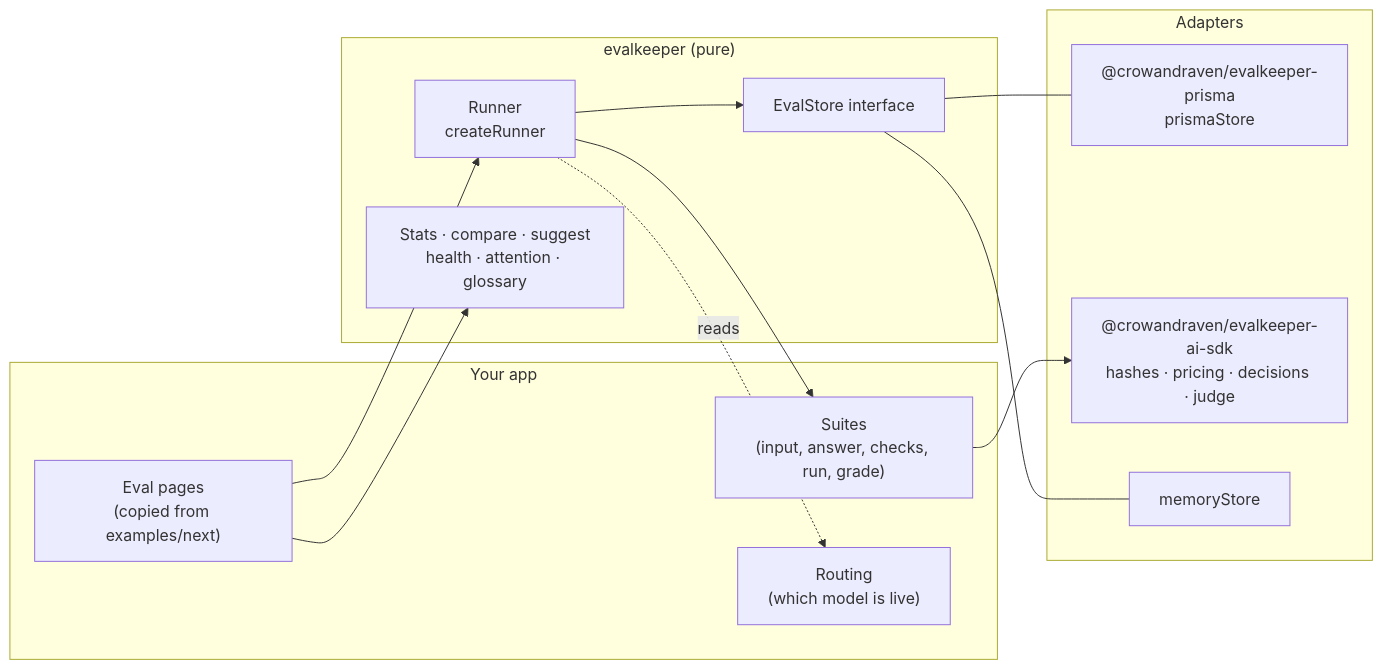
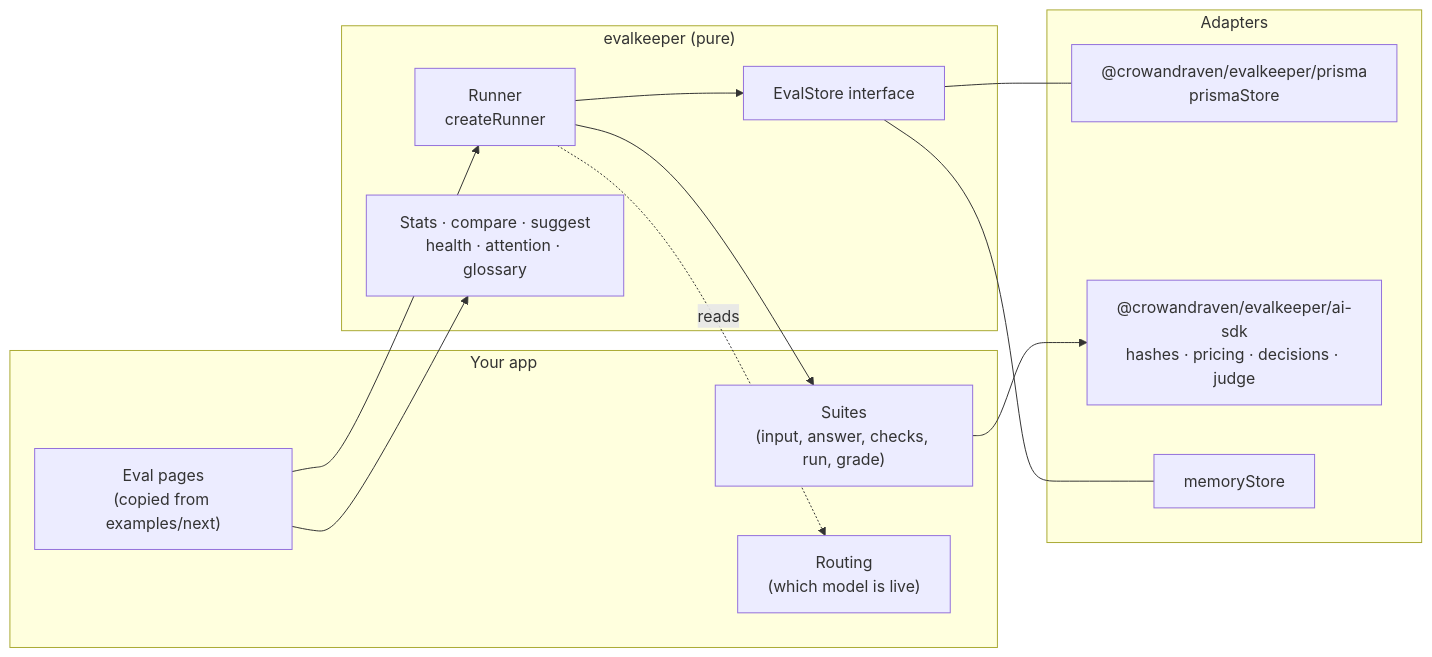
The diagram in docs/architecture.md (seanhudson/evalkeeper), drawn with Mermaid before and after one commit. The commit also changed other lines of this file and 53 other files, not shown here.

First line of the commit message:
One package: /prisma and /ai-sdk entry points

````diff
--- a/docs/architecture.md
+++ b/docs/architecture.md
@@ -8,26 +8,26 @@
 ```mermaid
 flowchart LR
   subgraph app["Your app"]
     suites["Suites<br/>(input, answer, checks, run, grade)"]
     pages["Eval pages<br/>(copied from examples/next)"]
     routing["Routing<br/>(which model is live)"]
   end
   subgraph core["evalkeeper (pure)"]
     runner["Runner<br/>createRunner"]
     logic["Stats · compare · suggest<br/>health · attention · glossary"]
     store_if["EvalStore interface"]
   end
   subgraph adapters["Adapters"]
-    prisma["@crowandraven/evalkeeper-prisma<br/>prismaStore"]
-    aisdk["@crowandraven/evalkeeper-ai-sdk<br/>hashes · pricing · decisions · judge"]
+    prisma["@crowandraven/evalkeeper/prisma<br/>prismaStore"]
+    aisdk["@crowandraven/evalkeeper/ai-sdk<br/>hashes · pricing · decisions · judge"]
     memory["memoryStore"]
   end
   pages --> runner
   pages --> logic
   runner --> suites
   runner --> store_if
   runner -. reads .-> routing
   store_if --- prisma
   store_if --- memory
   suites --> aisdk
 ```
````
